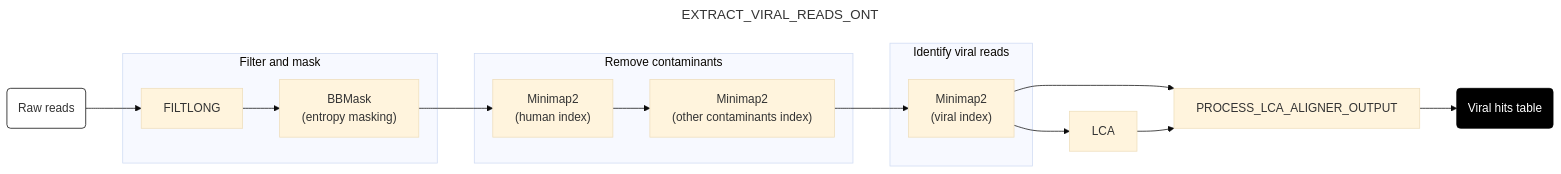
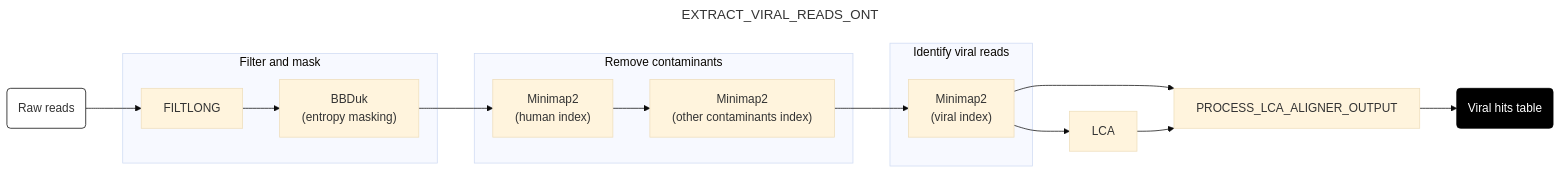
The seventh of 9 diagrams in docs/run.md (securebio/nao-mgs-workflow), drawn with Mermaid (base theme) before and after one commit. The commit also changed other lines of this file and 9 other files, not shown here.

First line of the commit message:
Mask ONT reads with BBDuk instead of BBMask

````diff
--- a/docs/run.md
+++ b/docs/run.md
@@ -247,31 +247,31 @@
 ```mermaid
 ---
 title: EXTRACT_VIRAL_READS_ONT
 config:
   layout: horizontal
 ---
 flowchart LR
 A(Raw reads) --> B[FILTLONG]
-B --> C["BBMask <br> (entropy masking)"]
+B --> C["BBDuk <br> (entropy masking)"]
 C --> D["Minimap2 <br> (human index)"]
 D --> E["Minimap2 <br> (other contaminants index)"]
 E --> F["Minimap2 <br> (viral index)"]
 F --> G[LCA]
 F --> H
 G --> H[PROCESS_LCA_ALIGNER_OUTPUT]
 H --> I(Viral hits table)
 
 subgraph "Filter and mask"
 B
 C
 end
 subgraph "Remove contaminants"
 D
 E
 end
 subgraph "Identify viral reads"
 F
 end
 style A fill:#fff,stroke:#000
 style I fill:#000,color:#fff,stroke:#000
 ```
````
